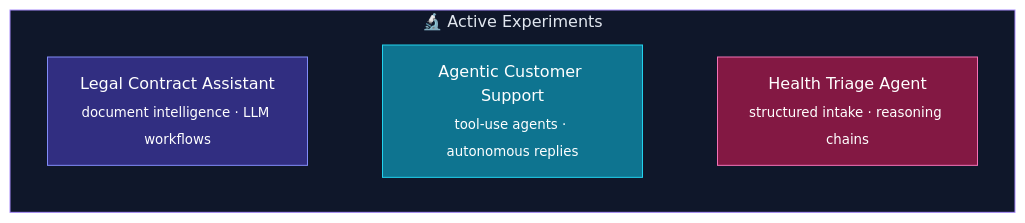
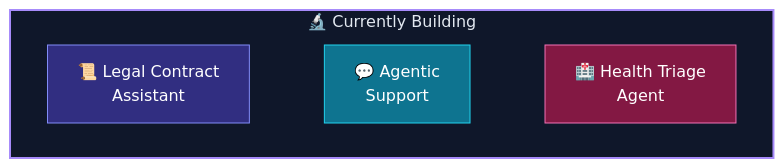
The second of 2 diagrams in README.md (ramasamy-24-t/ramasamy-24-t), drawn with Mermaid before and after one commit. The commit also changed other lines of this file, not shown here.

````diff
--- a/README.md
+++ b/README.md
@@ -248,14 +283,15 @@
 ```mermaid
 flowchart TB
-    subgraph LAB[" 🔬 Active Experiments "]
-        A["Legal Contract Assistant<br/><sub>document intelligence · LLM workflows</sub>"]
-        B["Agentic Customer Support<br/><sub>tool-use agents · autonomous replies</sub>"]
-        C["Health Triage Agent<br/><sub>structured intake · reasoning chains</sub>"]
+    subgraph LAB[" 🔬 Currently Building "]
+        direction LR
+        A["📜 Legal Contract<br/>Assistant"]
+        B["💬 Agentic<br/>Support"]
+        C["🏥 Health Triage<br/>Agent"]
     end
     A ~~~ B ~~~ C
 
-    style LAB fill:#0f172a,stroke:#a78bfa,color:#e2e8f0
+    style LAB fill:#0f172a,stroke:#a78bfa,stroke-width:2px,color:#e2e8f0
     style A fill:#312e81,stroke:#818cf8,color:#fff
     style B fill:#0e7490,stroke:#22d3ee,color:#fff
     style C fill:#831843,stroke:#f472b6,color:#fff
 ```
````
